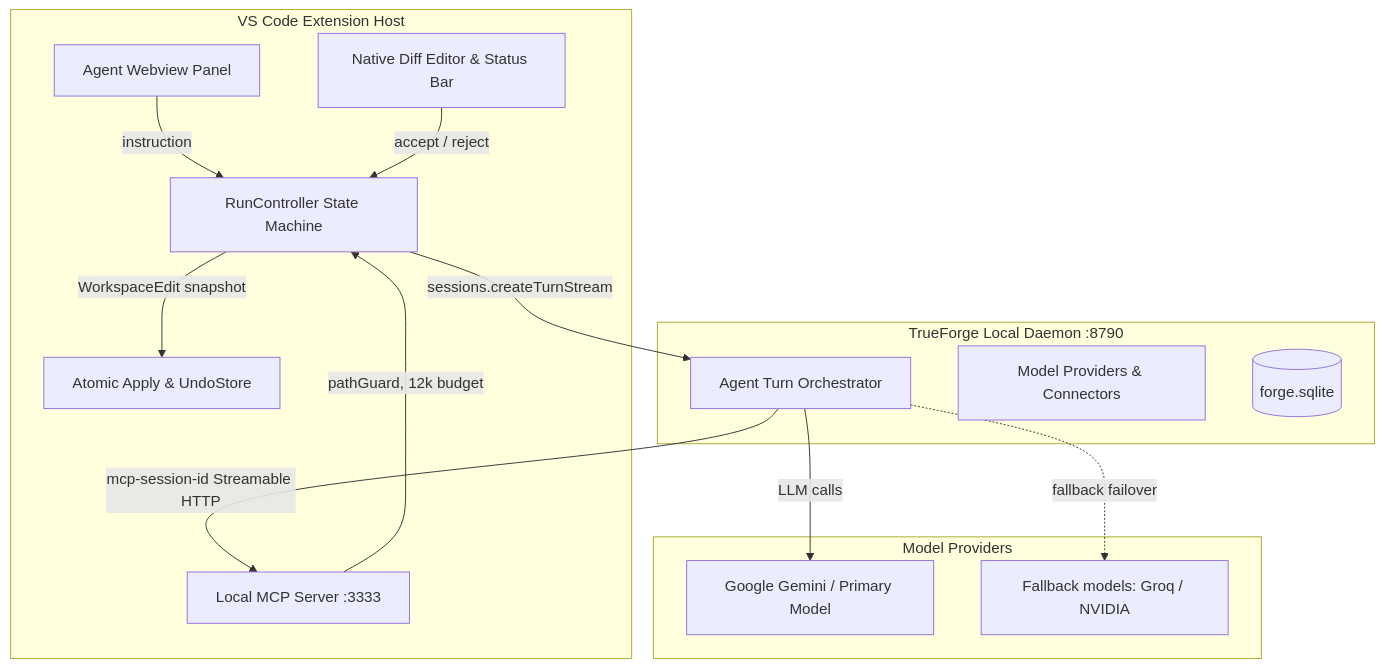
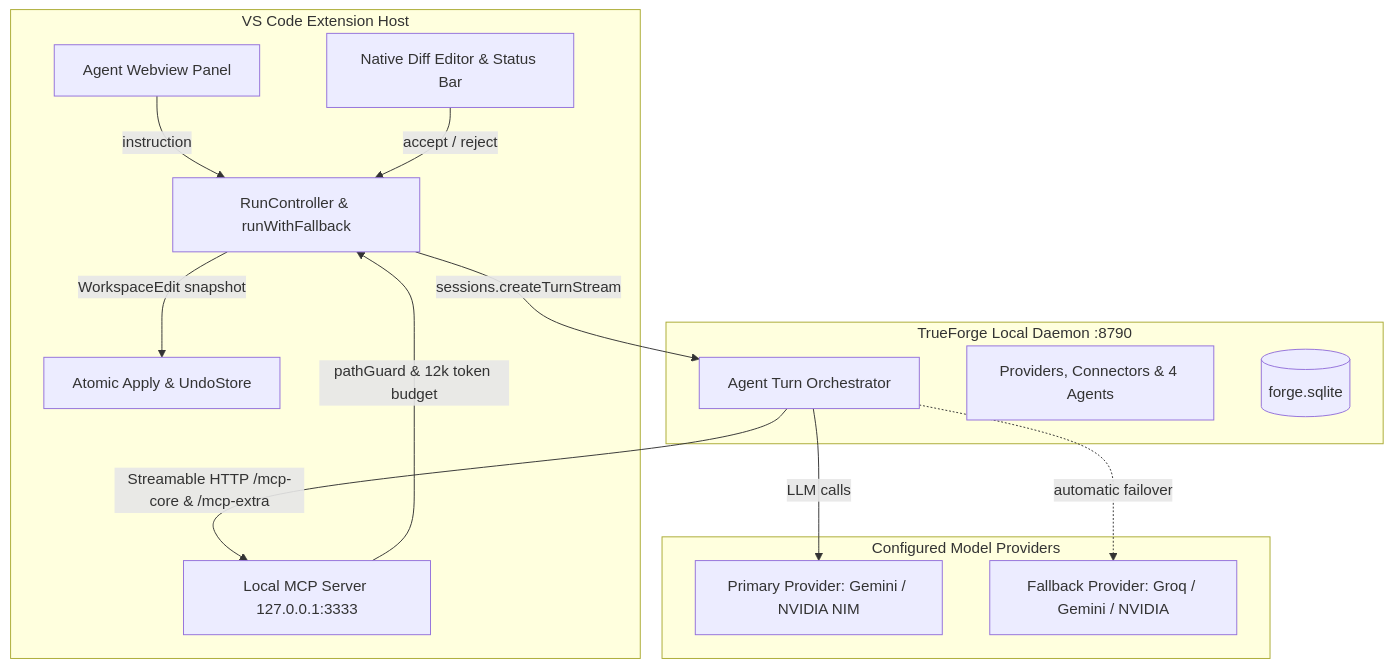
Before and after one commit to Dev-43/forgetrail: the diagram in docs/writeup/WRITEUP.md, drawn with Mermaid. The commit also changed other lines of this file and 25 other files, not shown here.

````diff
--- a/docs/writeup/WRITEUP.md
+++ b/docs/writeup/WRITEUP.md
@@ -33,30 +34,30 @@
 ```mermaid
 graph TD
     subgraph VS Code Extension Host
         UI[Native Diff Editor & Status Bar]
         Panel[Agent Webview Panel]
-        RC[RunController State Machine]
-        MCP[Local MCP Server :3333]
+        RC[RunController & runWithFallback]
+        MCP[Local MCP Server 127.0.0.1:3333]
         Undo[Atomic Apply & UndoStore]
     end
 
     subgraph TrueForge Local Daemon :8790
         Engine[Agent Turn Orchestrator]
-        Catalogs[Model Providers & Connectors]
+        Catalogs[Providers, Connectors & 4 Agents]
         DB[(forge.sqlite)]
     end
 
-    subgraph Model Providers
-        Primary[Google Gemini / Primary Model]
-        Secondary[Fallback models: Groq / NVIDIA]
+    subgraph Configured Model Providers
+        Primary[Primary Provider: Gemini / NVIDIA NIM]
+        Secondary[Fallback Provider: Groq / Gemini / NVIDIA]
     end
 
     Panel -->|instruction| RC
     UI -->|accept / reject| RC
     RC -->|sessions.createTurnStream| Engine
-    Engine -->|mcp-session-id Streamable HTTP| MCP
-    MCP -->|pathGuard, 12k budget| RC
+    Engine -->|Streamable HTTP /mcp-core & /mcp-extra| MCP
+    MCP -->|pathGuard & 12k token budget| RC
     Engine -->|LLM calls| Primary
-    Engine -.->|fallback failover| Secondary
+    Engine -.->|automatic failover| Secondary
     RC -->|WorkspaceEdit snapshot| Undo
 ```
````
